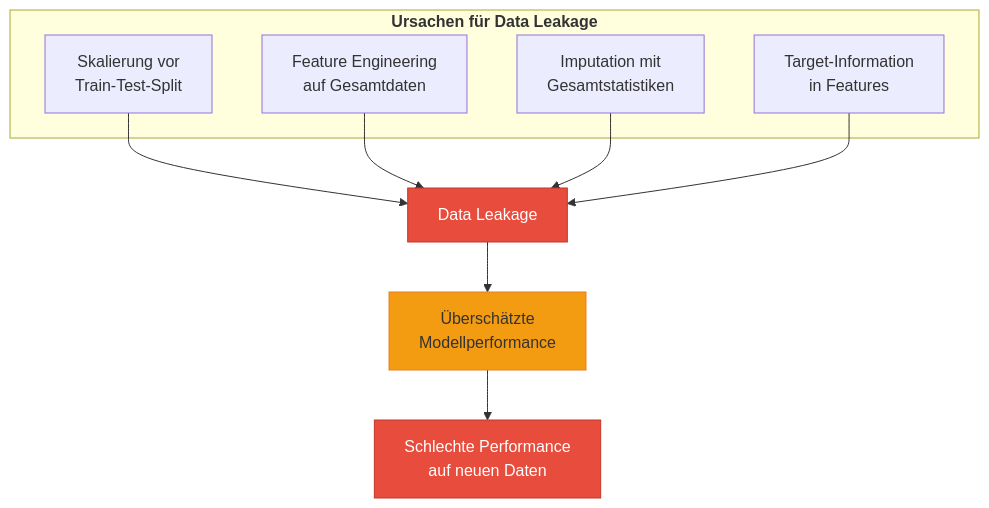
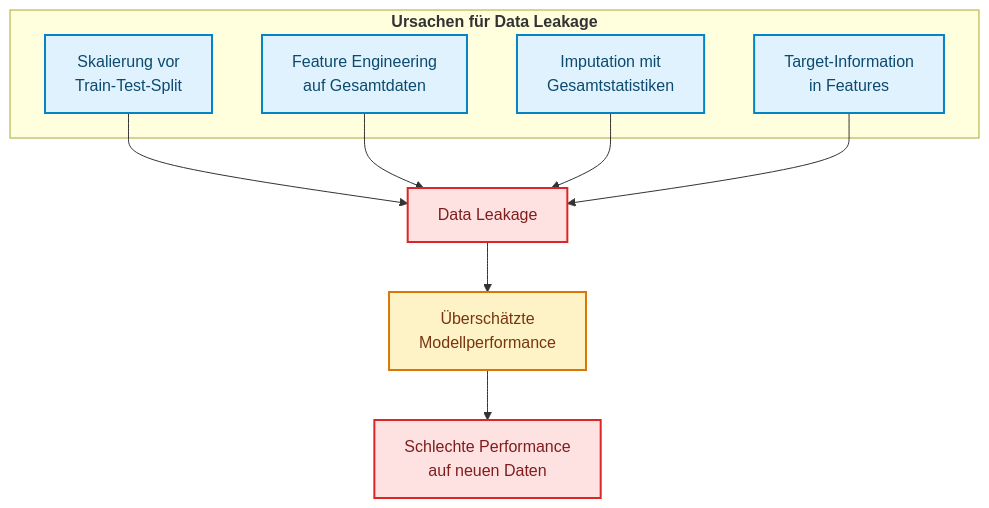
Before and after one commit to ralf-42/ML_Intro: the first of 2 diagrams in docs/concepts/grundlagen/workflow-design.md, drawn with Mermaid. The commit also changed other lines of this file and 67 other files, not shown here.

````diff
--- a/docs/concepts/grundlagen/workflow-design.md
+++ b/docs/concepts/grundlagen/workflow-design.md
@@ -105,21 +105,23 @@
 ```mermaid
 flowchart TD
     subgraph Ursachen["<b>Ursachen für Data Leakage"]
         A[Skalierung vor<br/>Train-Test-Split]
         B[Feature Engineering<br/>auf Gesamtdaten]
         C[Imputation mit<br/>Gesamtstatistiken]
         D[Target-Information<br/>in Features]
     end
     
     A --> L[Data Leakage]
     B --> L
     C --> L
     D --> L
     
     L --> R[Überschätzte<br/>Modellperformance]
     R --> F[Schlechte Performance<br/>auf neuen Daten]
-    
-    style L fill:#e74c3c,stroke:#c0392b,color:#fff
-    style R fill:#f39c12,stroke:#e67e22
-    style F fill:#e74c3c,stroke:#c0392b,color:#fff
+
+    classDef default fill:#e0f2fe,stroke:#0284c7,stroke-width:2px,color:#0c4a6e;
+    classDef metric fill:#fef3c7,stroke:#d97706,stroke-width:2px,color:#78350f;
+    classDef stop fill:#fee2e2,stroke:#dc2626,stroke-width:2px,color:#7f1d1d;
+    class R metric;
+    class L,F stop;
 ```
````
